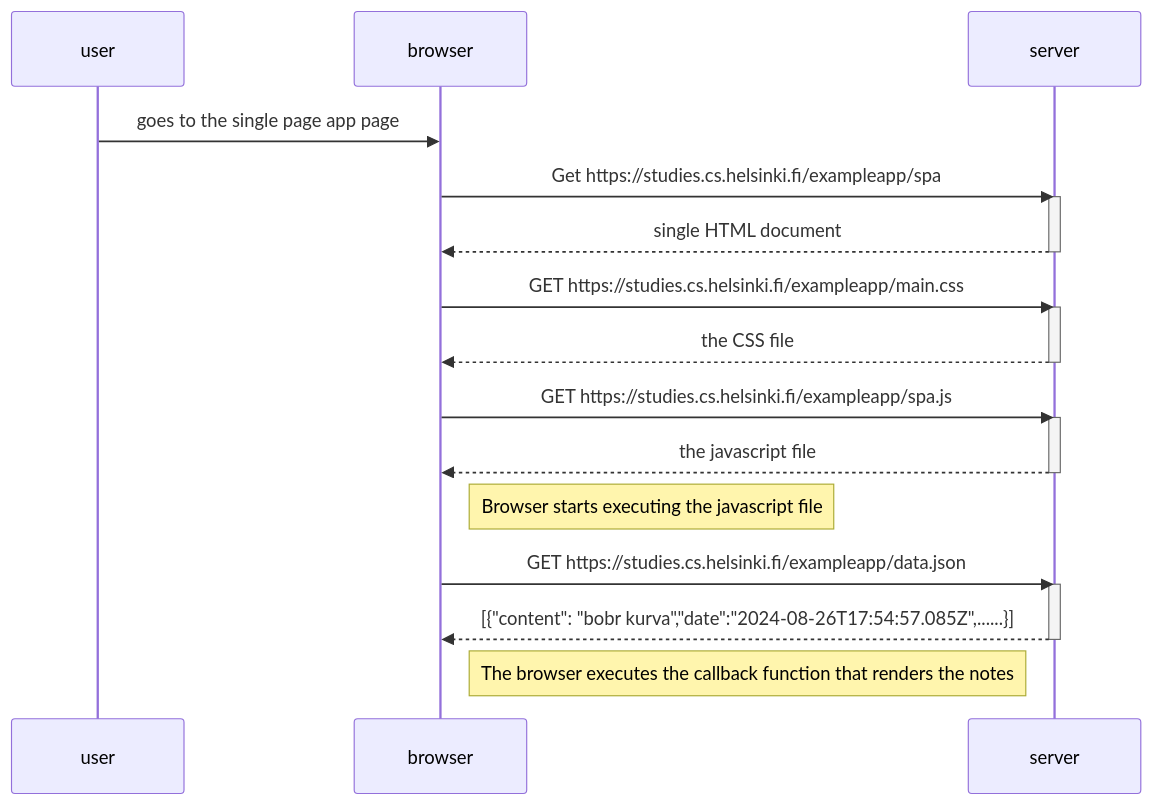
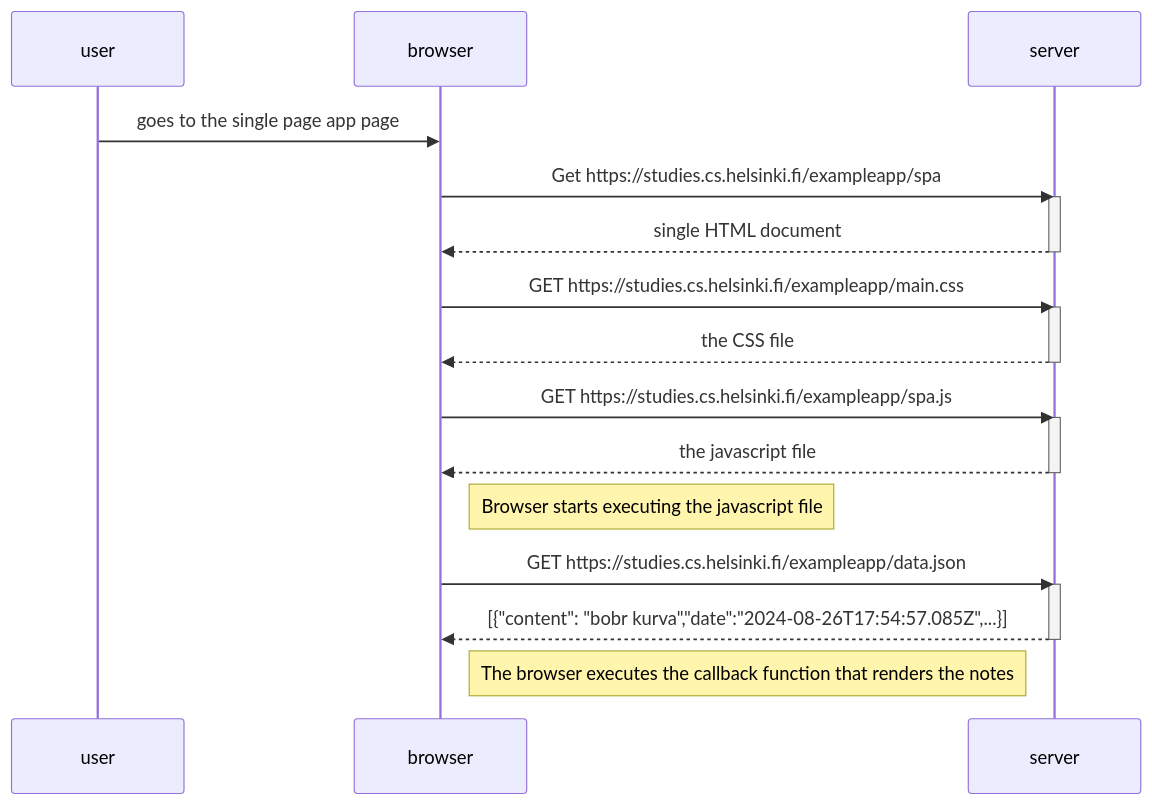
The diagram in part0/newnotediagram.md (Raman7913/fullstackopen), drawn with Mermaid before and after one commit.

Commit message:
fixed object syntax

````diff
--- a/part0/newnotediagram.md
+++ b/part0/newnotediagram.md
@@ -1,34 +1,34 @@
 ```mermaid
 sequenceDiagram
 participant user
 participant browser
 participant server
 
     user->>browser: goes to the single page app page
     browser->>server: Get https://studies.cs.helsinki.fi/exampleapp/spa
     activate server
     server-->>browser: single HTML document
     deactivate server
 
     browser->>server: GET https://studies.cs.helsinki.fi/exampleapp/main.css
     activate server
     server-->>browser: the CSS file
     deactivate server
 
     browser->>server: GET https://studies.cs.helsinki.fi/exampleapp/spa.js
     activate server
     server-->>browser: the javascript file
     deactivate server
 
     Note right of browser: Browser starts executing the javascript file
 
     browser->>server: GET https://studies.cs.helsinki.fi/exampleapp/data.json
     activate server
-    server-->>browser: [{"content": "bobr kurva","date":"2024-08-26T17:54:57.085Z",......}]
+    server-->>browser: [{"content": "bobr kurva","date":"2024-08-26T17:54:57.085Z",...}]
     deactivate server
 
     Note right of browser: The browser executes the callback function that renders the notes
 
 
 
 ```
````
